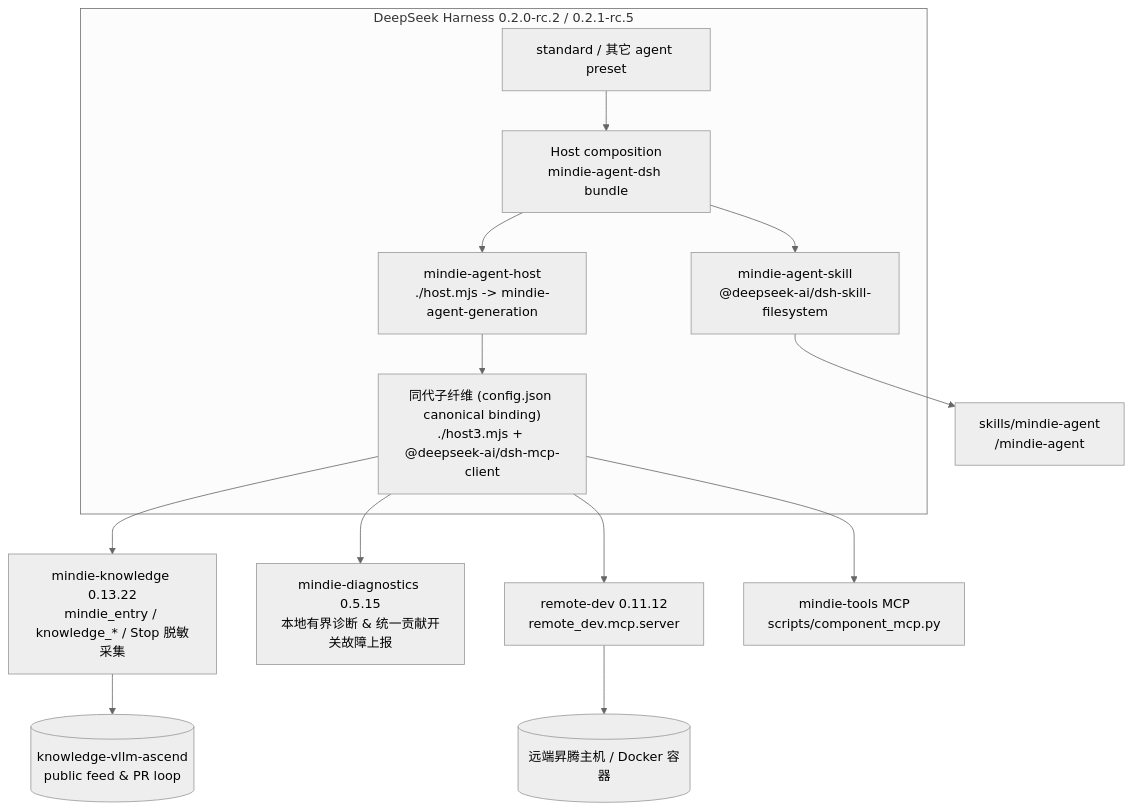
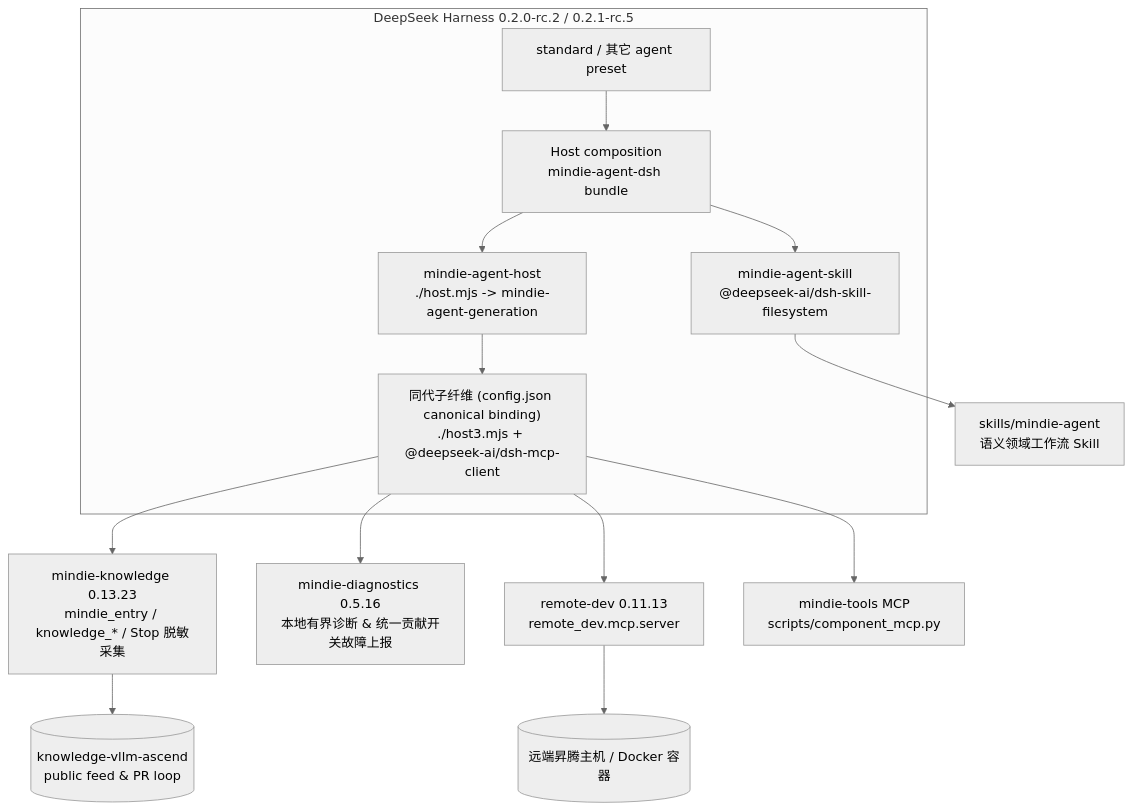
The diagram in README.md (mindie-agent/mindie-agent-dsh), drawn with Mermaid (neutral theme) before and after one commit. The commit also changed other lines of this file and 38 other files, not shown here.

First line of the commit message:
feat(dsh): enable default-on knowledge tools and silent Stop capture (0.1.25) (#55)

````diff
--- a/README.md
+++ b/README.md
@@ -169,21 +169,21 @@
 ```mermaid
 flowchart TB
   subgraph DSH["DeepSeek Harness 0.2.0-rc.2 / 0.2.1-rc.5"]
     HOST["Host composition<br/>mindie-agent-dsh bundle"]
     STD["standard / 其它 agent preset"]
     SKILL["mindie-agent-skill<br/>@deepseek-ai/dsh-skill-filesystem"]
     HPLUG["mindie-agent-host<br/>./host.mjs -> mindie-agent-generation"]
     GEN["同代子纤维 (config.json canonical binding)<br/>./host3.mjs + @deepseek-ai/dsh-mcp-client"]
     STD --> HOST
     HOST --> SKILL
     HOST --> HPLUG
     HPLUG --> GEN
   end
-  SKILL --> SK["skills/mindie-agent<br/>/mindie-agent"]
-  GEN --> KS["mindie-knowledge 0.13.22<br/>mindie_entry / knowledge_* / Stop 脱敏采集"]
-  GEN --> DIAG["mindie-diagnostics 0.5.15<br/>本地有界诊断 & 统一贡献开关故障上报"]
+  SKILL --> SK["skills/mindie-agent<br/>语义领域工作流 Skill"]
+  GEN --> KS["mindie-knowledge 0.13.23<br/>mindie_entry / knowledge_* / Stop 脱敏采集"]
+  GEN --> DIAG["mindie-diagnostics 0.5.16<br/>本地有界诊断 & 统一贡献开关故障上报"]
   KS --> FEED[("knowledge-vllm-ascend<br/>public feed & PR loop")]
-  GEN --> RD["remote-dev 0.11.12<br/>remote_dev.mcp.server"]
+  GEN --> RD["remote-dev 0.11.13<br/>remote_dev.mcp.server"]
   GEN --> MT["mindie-tools MCP<br/>scripts/component_mcp.py"]
   RD --> NPU[("远端昇腾主机 / Docker 容器")]
 ```
````
